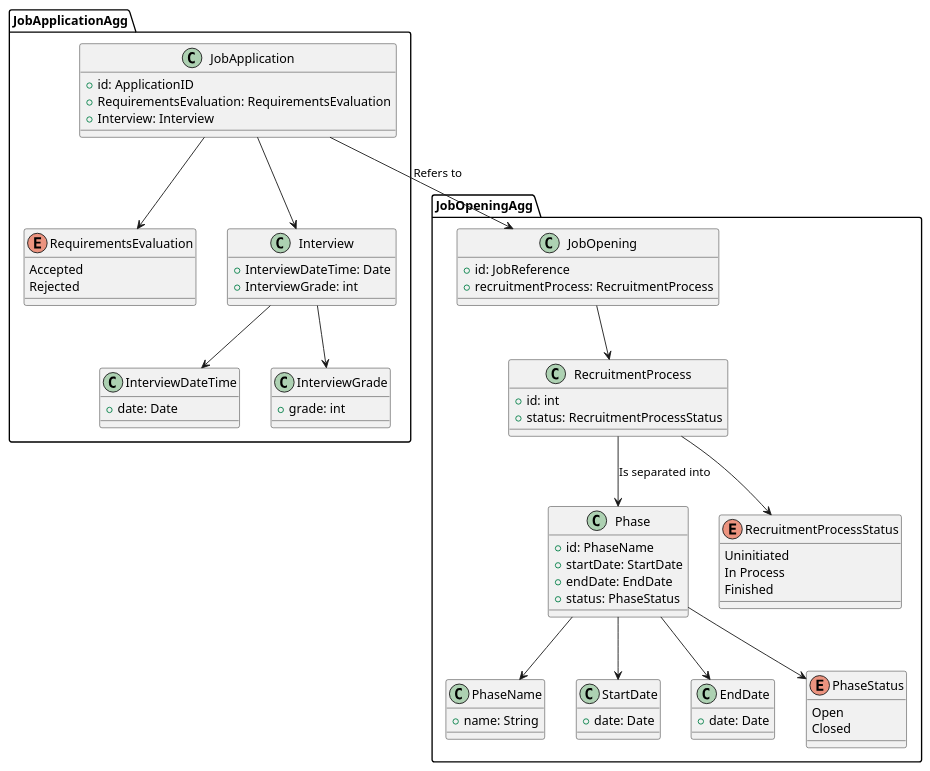
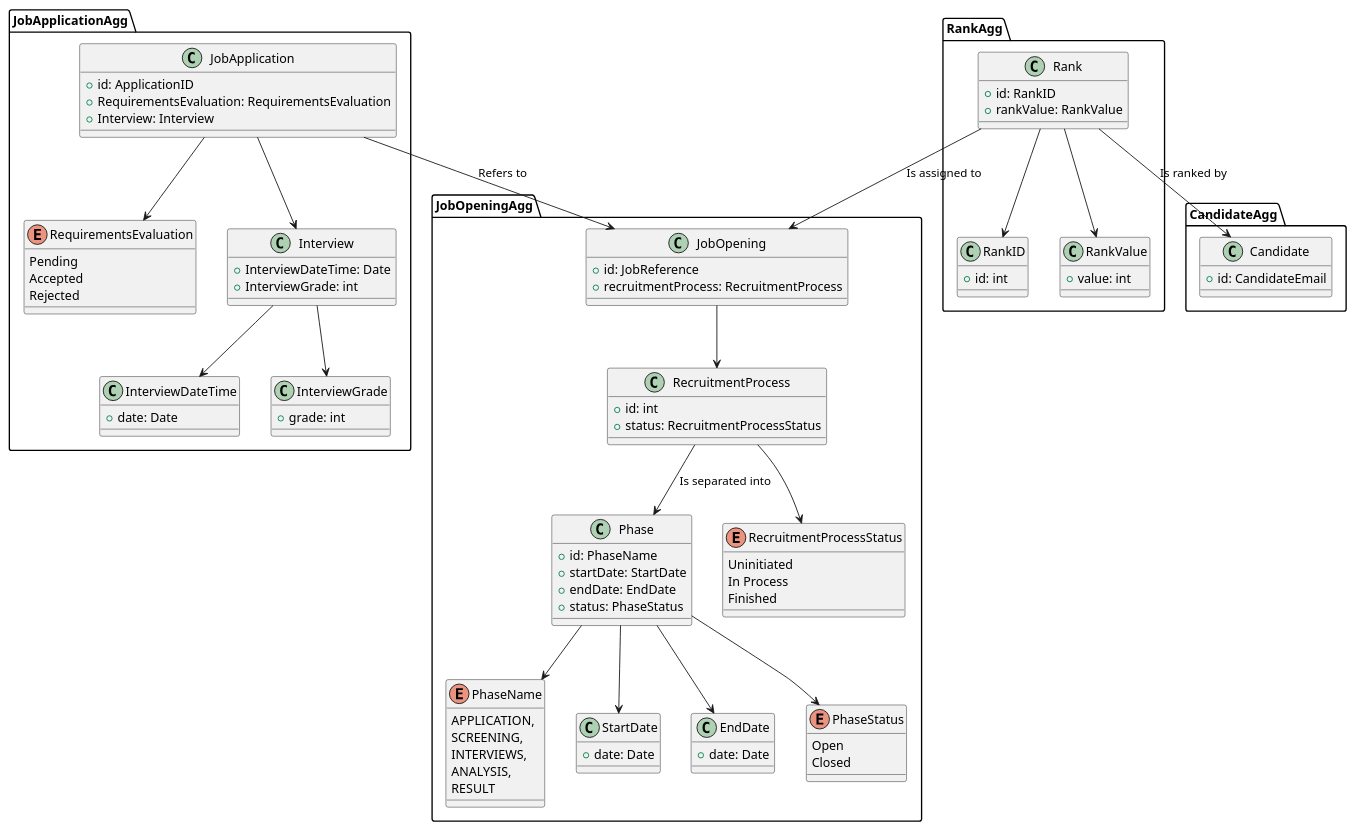
One commit to Mendoncaa/LAPR4 changed the diagram in docs/sprintC/US1010/02.analysis/puml/DM.puml. Above: the diagram before and after it, drawn with PlantUML. The commit also changed 4 other files, not shown here.

```diff
--- a/docs/sprintC/US1010/02.analysis/puml/DM.puml
+++ b/docs/sprintC/US1010/02.analysis/puml/DM.puml
@@ -1,83 +1,115 @@
 @startuml DomainModel
 package JobOpeningAgg {
 
     class JobOpening {
         +id: JobReference
         +recruitmentProcess: RecruitmentProcess
     }
     class RecruitmentProcess {
         +id: int
         +status: RecruitmentProcessStatus
     }
 
     class Phase {
         +id: PhaseName
         +startDate: StartDate
         +endDate: EndDate
         +status: PhaseStatus
     }
 
-    class PhaseName {
-        +name: String
+    enum PhaseName {
+            APPLICATION,
+            SCREENING,
+            INTERVIEWS,
+            ANALYSIS,
+            RESULT
     }
 
     class StartDate {
         +date: Date
     }
 
     class EndDate {
         +date: Date
     }
 
     enum PhaseStatus {
         Open
         Closed
     }
 
     enum RecruitmentProcessStatus {
         Uninitiated
         In Process
         Finished
     }
 
     JobOpening --> RecruitmentProcess
     RecruitmentProcess --> RecruitmentProcessStatus
     RecruitmentProcess --> Phase : "Is separated into"
     Phase --> PhaseName
     Phase --> StartDate
     Phase --> EndDate
     Phase --> PhaseStatus
 }
 
 package JobApplicationAgg {
     class JobApplication {
         +id: ApplicationID
         +RequirementsEvaluation: RequirementsEvaluation
         +Interview: Interview
     }
 
     enum RequirementsEvaluation {
+        Pending
         Accepted
         Rejected
     }
 
     class Interview {
         +InterviewDateTime: Date
         +InterviewGrade: int
     }
 
     class InterviewDateTime {
         +date: Date
     }
 
     class InterviewGrade {
         +grade: int
     }
 
     JobApplication --> RequirementsEvaluation
     JobApplication --> Interview
     JobApplication --> JobOpening : Refers to
     Interview --> InterviewDateTime
     Interview --> InterviewGrade
 }
+
+package RankAgg {
+    class Rank {
+        +id: RankID
+        +rankValue: RankValue
+    }
+
+    class RankID {
+        +id: int
+    }
+
+    class RankValue {
+        +value: int
+    }
+
+    Rank --> RankID
+    Rank --> RankValue
+    Rank --> JobOpening : "Is assigned to"
+}
+
+package CandidateAgg {
+    class Candidate {
+        +id: CandidateEmail
+    }
+
+    Rank --> Candidate : "Is ranked by"
+}
 @enduml
```
